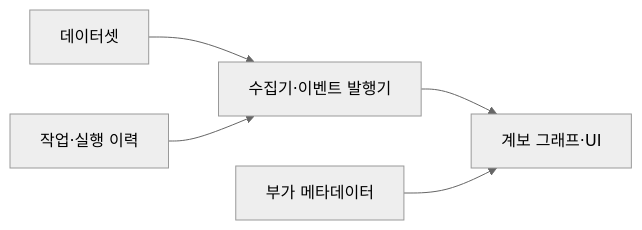
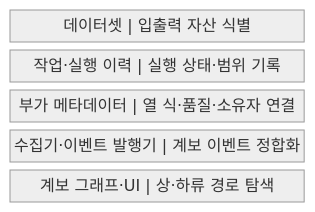
Before and after one commit to agnusdei1207/knowledge-base: the first of 2 diagrams in src/content/docs/notes/03-software/134_data_lineage.md, drawn with Mermaid (neutral theme). The commit also changed other lines of this file and 20 other files, not shown here.

````diff
--- a/src/content/docs/notes/03-software/134_data_lineage.md
+++ b/src/content/docs/notes/03-software/134_data_lineage.md
@@ -62,7 +58,9 @@
 ```mermaid
-flowchart LR
-    D[데이터셋] --> C[수집기·이벤트 발행기]
-    J[작업·실행 이력] --> C
-    C --> G[계보 그래프·UI]
-    A[부가 메타데이터] --> G
+block
+    columns 1
+    A["데이터셋 | 입출력 자산 식별"]
+    B["작업·실행 이력 | 실행 상태·범위 기록"]
+    C["부가 메타데이터 | 열 식·품질·소유자 연결"]
+    D["수집기·이벤트 발행기 | 계보 이벤트 정합화"]
+    E["계보 그래프·UI | 상·하류 경로 탐색"]
 ```
````
